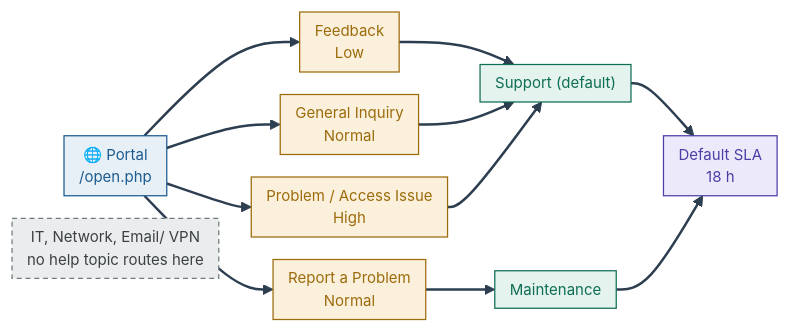
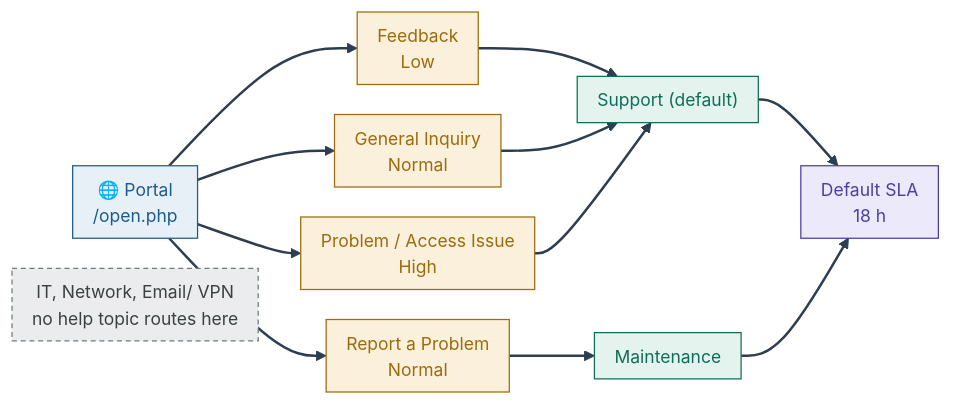
The fourth of 8 diagrams in project-1-osticket-helpdesk-deployment/README.md (malaika-azhar/Real-World-Tier2-Support-Projects), drawn with Mermaid before and after one commit. The commit also changed other lines of this file, not shown here.

````diff
--- a/project-1-osticket-helpdesk-deployment/README.md
+++ b/project-1-osticket-helpdesk-deployment/README.md
@@ -442,21 +442,21 @@
 ```mermaid
-%%{init: {'theme': 'base', 'themeVariables': {'fontSize': '12px'}, 'flowchart': {'nodeSpacing': 18, 'rankSpacing': 26, 'padding': 6}}}%%
+%%{init: {'theme': 'base', 'themeVariables': {'fontSize': '14px'}, 'flowchart': {'nodeSpacing': 24, 'rankSpacing': 34, 'padding': 8}}}%%
 flowchart LR
     P["🌐 Portal<br/>/open.php"]:::portal --> HT1["Feedback<br/>Low"]:::topic
     P --> HT2["General Inquiry<br/>Normal"]:::topic
     P --> HT3["Report a Problem<br/>Normal"]:::topic
     P --> HT4["Problem / Access Issue<br/>High"]:::topic
     HT1 --> D1["Support (default)"]:::dept
     HT2 --> D1
     HT4 --> D1
     HT3 --> D2["Maintenance"]:::dept
     D1 --> SLA["Default SLA<br/>18 h"]:::sla
     D2 --> SLA
     NEW["IT, Network, Email/ VPN<br/>no help topic routes here"]:::unused
     classDef portal fill:#E7F0F7,stroke:#1D5B8F,color:#1D5B8F
     classDef topic fill:#FBF0DC,stroke:#9C6B0B,color:#9C6B0B
     classDef dept fill:#E4F3EE,stroke:#0F6E56,color:#0F6E56
     classDef sla fill:#ECEAFA,stroke:#4A3FA6,color:#4A3FA6
     classDef unused fill:#EAECEE,stroke:#707B7C,color:#3B4142,stroke-dasharray: 4 3
     linkStyle default stroke:#2C3E50,stroke-width:2px
 ```
````
